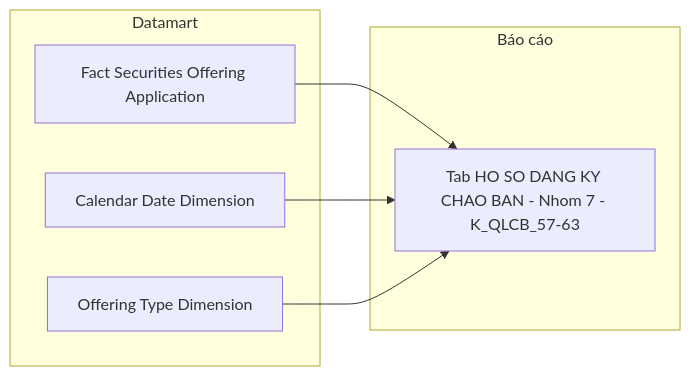
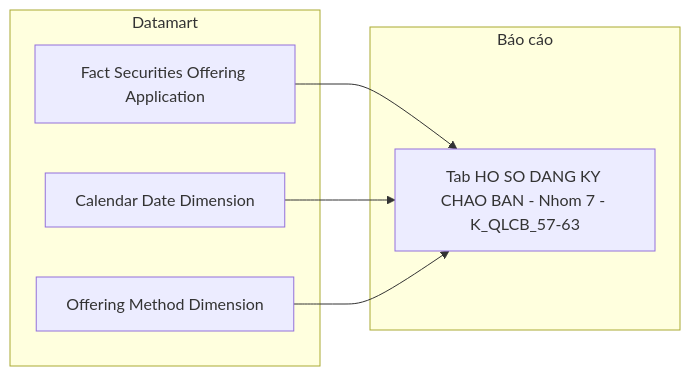
Before and after one commit to linhlvit/ubck_atomic_design: diagram 16 of 21 in Datamart/hld/DTM_QLCB_HLD.md, drawn with Mermaid. The commit also changed other lines of this file and 4 other files, not shown here.

````diff
--- a/Datamart/hld/DTM_QLCB_HLD.md
+++ b/Datamart/hld/DTM_QLCB_HLD.md
@@ -721,14 +770,14 @@
 ```mermaid
 flowchart LR
     subgraph Datamart["Datamart"]
         G1["Fact Securities Offering Application"]
         G2["Calendar Date Dimension"]
-        G3["Offering Type Dimension"]
+        G3["Offering Method Dimension"]
     end
     subgraph RPT["Báo cáo"]
         R7["Tab HO SO DANG KY CHAO BAN - Nhom 7 - K_QLCB_57-63"]
     end
     G1 --> R7
     G2 --> R7
     G3 --> R7
 ```
````
